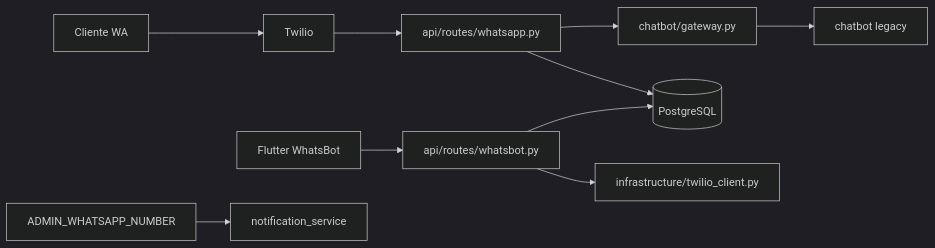
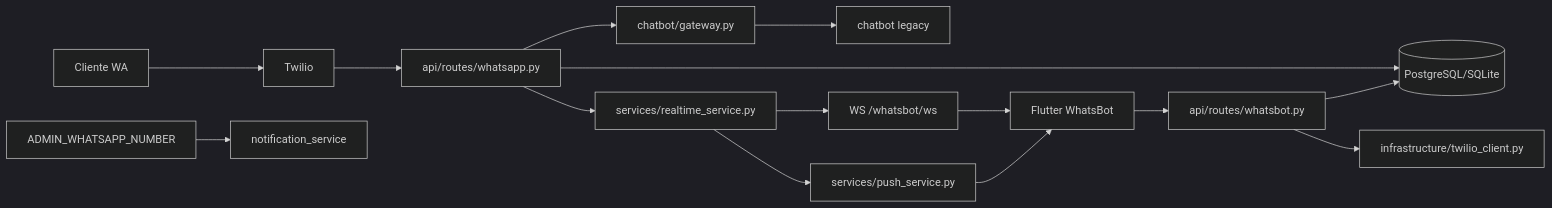
One commit to omarSuarezRodriguez/final_system changed the diagram in docs/ARCHITECTURE.md. Above: the diagram before and after it, drawn with Mermaid (dark theme). The commit also changed other lines of this file and 10 other files, not shown here.

````diff
--- a/docs/ARCHITECTURE.md
+++ b/docs/ARCHITECTURE.md
@@ -23,12 +23,17 @@
 ```mermaid
 flowchart LR
     C[Cliente WA] --> T[Twilio]
     T --> API[api/routes/whatsapp.py]
     API --> GW[chatbot/gateway.py]
     GW --> CB[chatbot legacy]
-    API --> DB[(PostgreSQL)]
-    APP[Flutter WhatsBot] --> WB[api/routes/whatsbot.py]
+    API --> DB[(PostgreSQL/SQLite)]
+    API --> RT[services/realtime_service.py]
+    RT --> WS[WS /whatsbot/ws]
+    RT --> FCM[services/push_service.py]
+    WS --> APP[Flutter WhatsBot]
+    FCM --> APP
+    APP --> WB[api/routes/whatsbot.py]
     WB --> DB
     WB --> TC[infrastructure/twilio_client.py]
     ADM[ADMIN_WHATSAPP_NUMBER] --> NS[notification_service]
 ```
````
